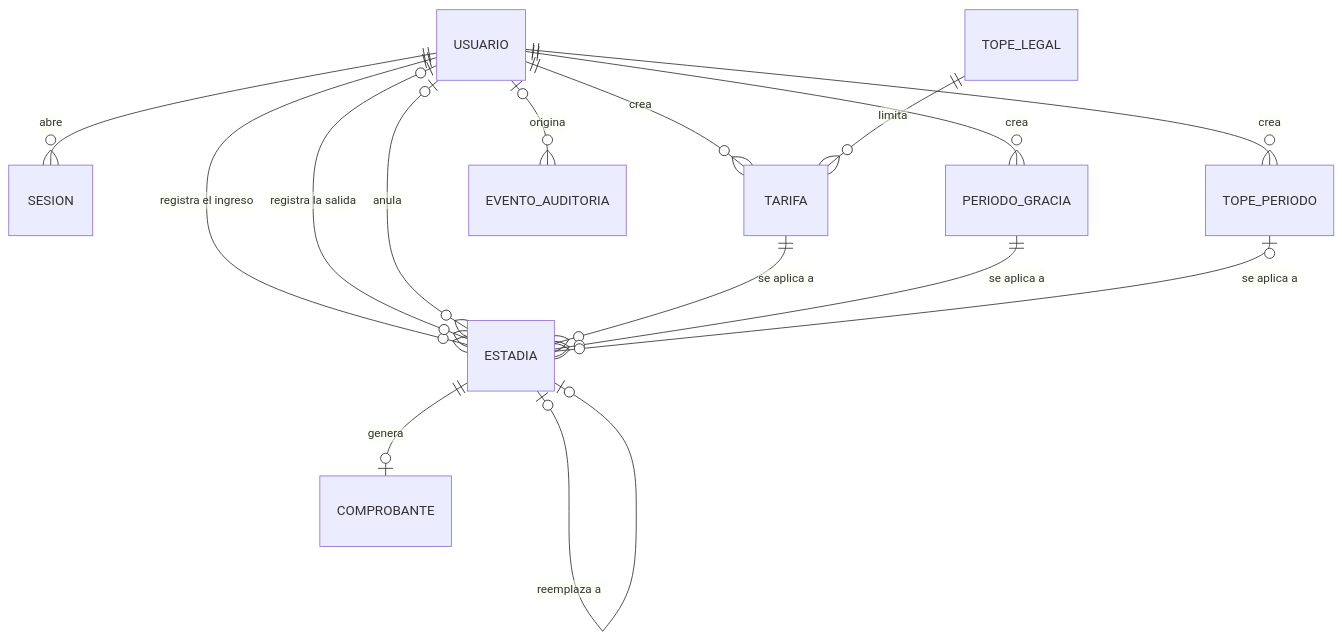
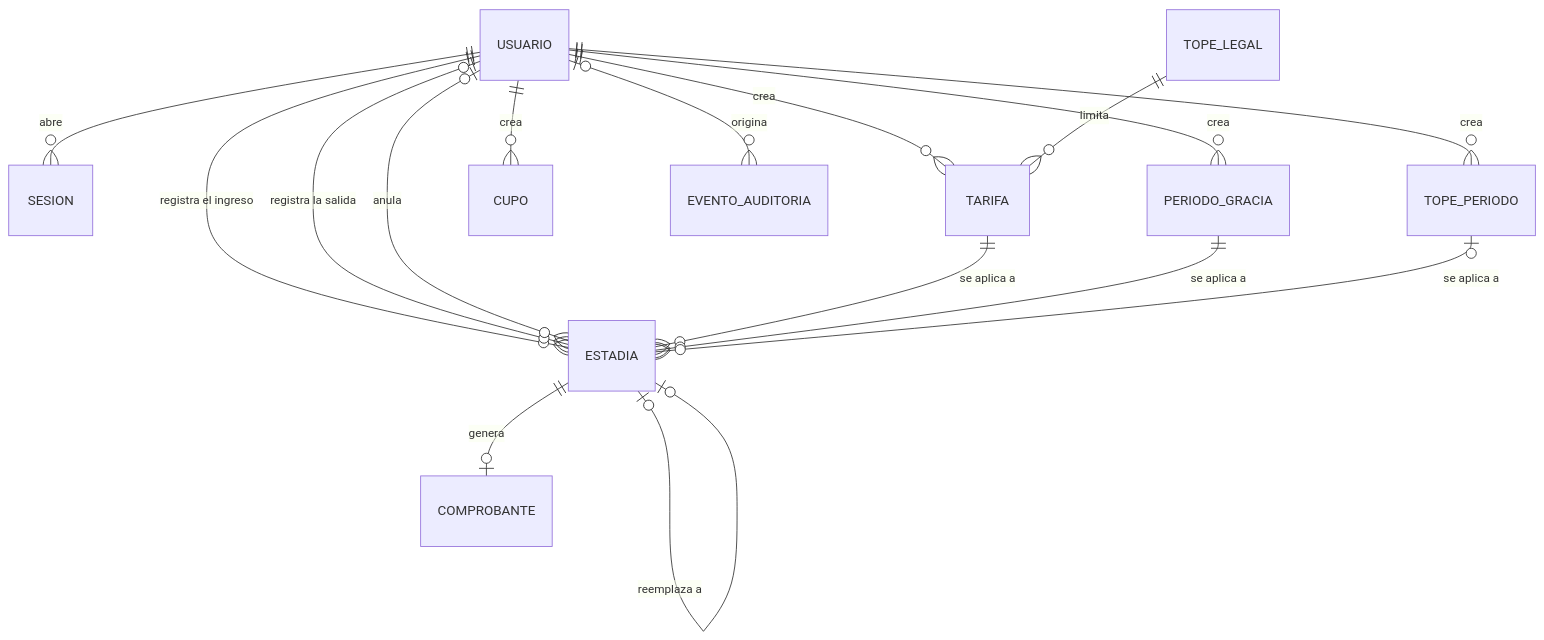
Before and after one commit to wrafael91/parkapp: the first of 2 diagrams in docs/modelo-datos.md, drawn with Mermaid. The commit also changed other lines of this file and 12 other files, not shown here.

````diff
--- a/docs/modelo-datos.md
+++ b/docs/modelo-datos.md
@@ -35,17 +36,18 @@
 ```mermaid
 erDiagram
     USUARIO ||--o{ SESION : "abre"
     USUARIO ||--o{ ESTADIA : "registra el ingreso"
     USUARIO |o--o{ ESTADIA : "registra la salida"
     USUARIO |o--o{ ESTADIA : "anula"
     USUARIO ||--o{ TARIFA : "crea"
     USUARIO ||--o{ PERIODO_GRACIA : "crea"
     USUARIO ||--o{ TOPE_PERIODO : "crea"
+    USUARIO ||--o{ CUPO : "crea"
     USUARIO |o--o{ EVENTO_AUDITORIA : "origina"
     TOPE_LEGAL ||--o{ TARIFA : "limita"
     TARIFA ||--o{ ESTADIA : "se aplica a"
     PERIODO_GRACIA ||--o{ ESTADIA : "se aplica a"
     TOPE_PERIODO |o--o{ ESTADIA : "se aplica a"
     ESTADIA ||--o| COMPROBANTE : "genera"
     ESTADIA |o--o| ESTADIA : "reemplaza a"
 ```
````
